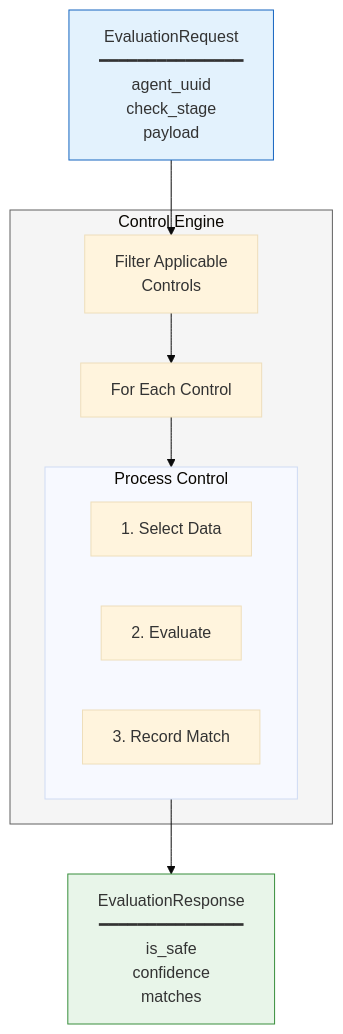
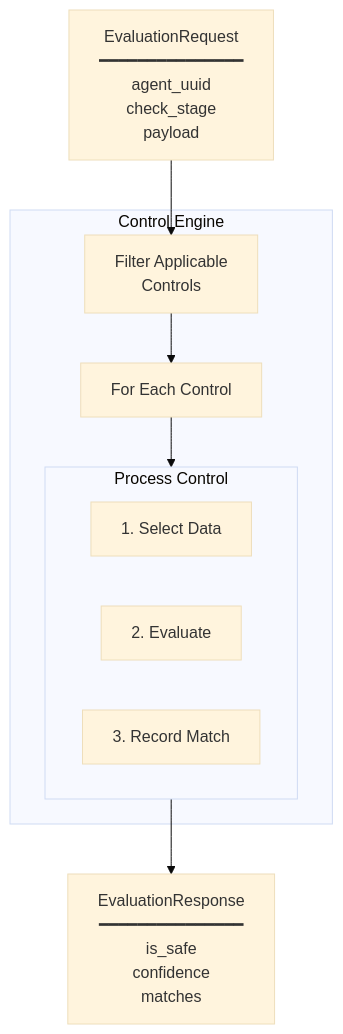
The first of 7 diagrams in diagrams/06-evaluation-flow.md (agentcontrol/agent-control), drawn with Mermaid (base theme) before and after one commit. The commit also changed other lines of this file and 9 other files, not shown here.

````diff
--- a/diagrams/06-evaluation-flow.md
+++ b/diagrams/06-evaluation-flow.md
@@ -7,26 +7,22 @@
 ```mermaid
 flowchart TD
     request["EvaluationRequest<br/>━━━━━━━━━━━━━━━<br/>agent_uuid<br/>check_stage<br/>payload"]
 
     subgraph engine["Control Engine"]
         filter["Filter Applicable<br/>Controls"]
         loop["For Each Control"]
         
         subgraph process["Process Control"]
             select["1. Select Data"]
             evaluate["2. Evaluate"]
             act["3. Record Match"]
         end
     end
 
     response["EvaluationResponse<br/>━━━━━━━━━━━━━━━<br/>is_safe<br/>confidence<br/>matches"]
 
     request --> filter
     filter --> loop
     loop --> process
     process --> response
-
-    style request fill:#e3f2fd,stroke:#1565c0
-    style engine fill:#f5f5f5,stroke:#616161
-    style response fill:#e8f5e9,stroke:#388e3c
 ```
````
